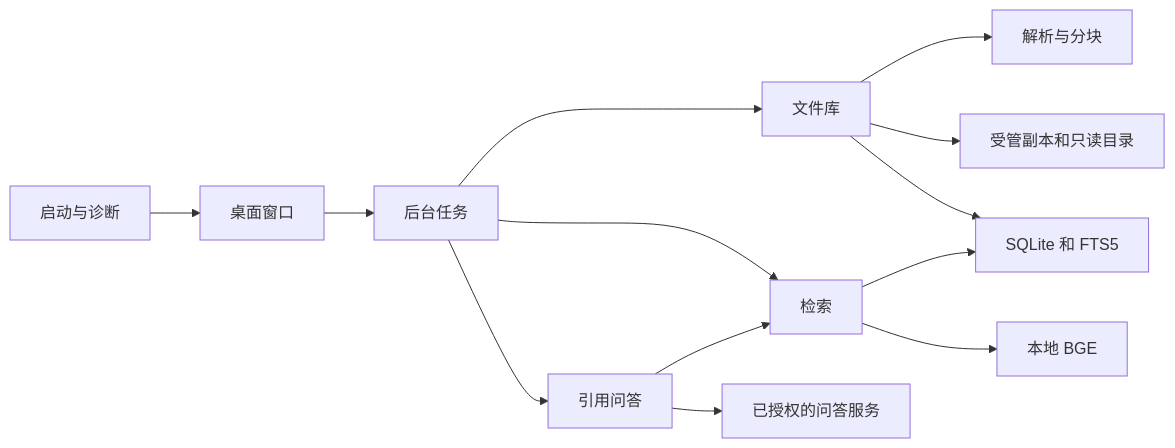
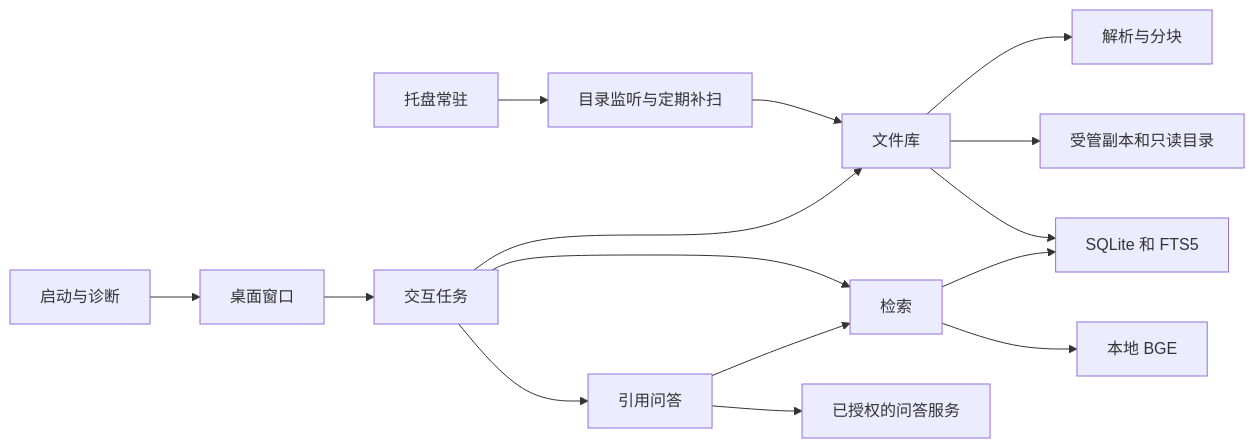
One commit to We1chan/FileMind changed the diagram in docs/architecture.md. Above: the diagram before and after it, drawn with Mermaid. The commit also changed other lines of this file and 22 other files, not shown here.

````diff
--- a/docs/architecture.md
+++ b/docs/architecture.md
@@ -5,15 +5,17 @@
 ```mermaid
 flowchart LR
     Entry["启动与诊断"] --> Window["桌面窗口"]
-    Window --> Task["后台任务"]
+    Window --> Task["交互任务"]
+    Tray["托盘常驻"] --> Monitor["目录监听与定期补扫"]
+    Monitor --> Library
     Task --> Library["文件库"]
     Task --> Search["检索"]
     Task --> QA["引用问答"]
     QA --> Search
     QA --> Remote["已授权的问答服务"]
     Library --> Parser["解析与分块"]
     Library --> Files["受管副本和只读目录"]
     Library --> Store["SQLite 和 FTS5"]
     Search --> Store
     Search --> Model["本地 BGE"]
 ```
````
